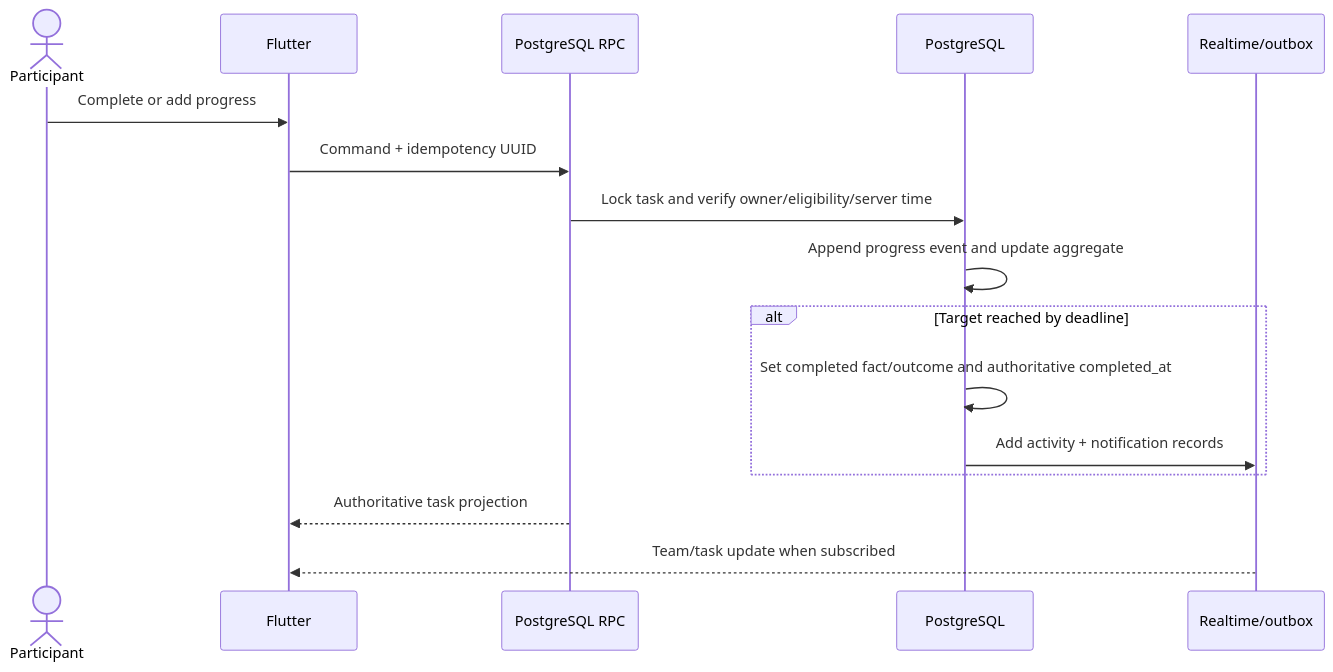
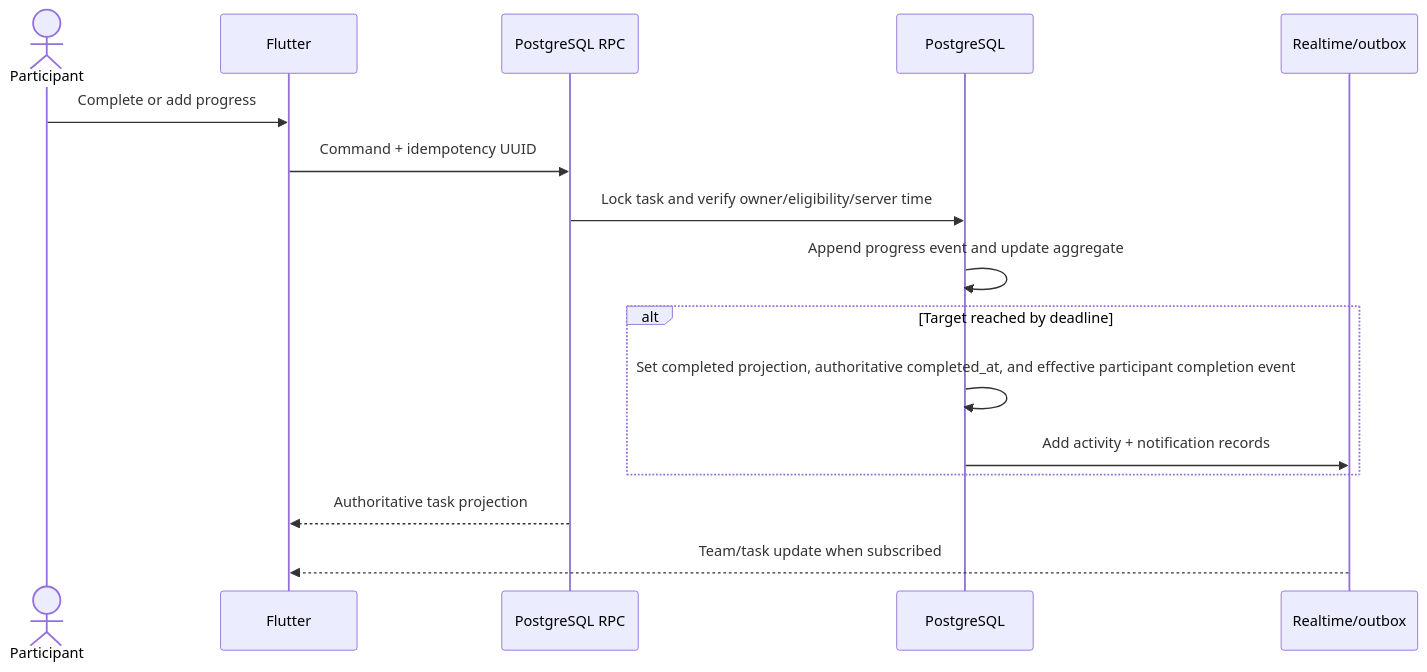
One commit to Umid2720/habit_team_app changed the fourth of 5 diagrams in docs/ARCHITECTURE.md. Above: the diagram before and after it, drawn with Mermaid. The commit also changed other lines of this file and 5 other files, not shown here.

````diff
--- a/docs/ARCHITECTURE.md
+++ b/docs/ARCHITECTURE.md
@@ -163,19 +164,19 @@
 ```mermaid
 sequenceDiagram
     actor U as Participant
     participant F as Flutter
     participant RPC as PostgreSQL RPC
     participant DB as PostgreSQL
     participant RT as Realtime/outbox
 
     U->>F: Complete or add progress
     F->>RPC: Command + idempotency UUID
     RPC->>DB: Lock task and verify owner/eligibility/server time
     DB->>DB: Append progress event and update aggregate
     alt Target reached by deadline
-        DB->>DB: Set completed fact/outcome and authoritative completed_at
+        DB->>DB: Set completed projection, authoritative completed_at, and effective participant completion event
         DB->>RT: Add activity + notification records
     end
     RPC-->>F: Authoritative task projection
     RT-->>F: Team/task update when subscribed
 ```
````
